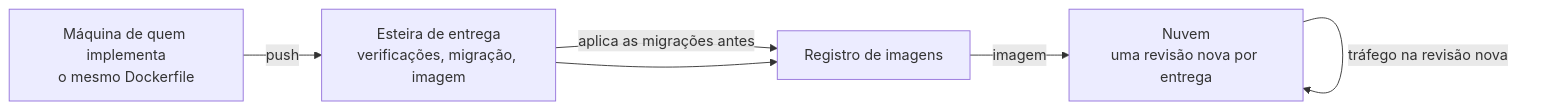
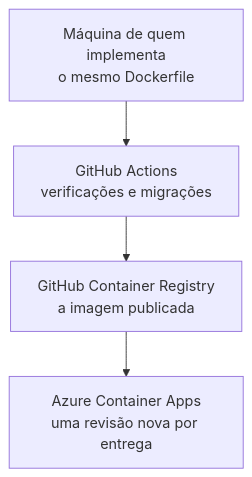
One commit to natanjunior/8FSDT-Hackathon changed the third of 3 diagrams in docs/visao-geral-da-arquitetura.md. Above: the diagram before and after it, drawn with Mermaid. The commit also changed other lines of this file and 8 other files, not shown here.

````diff
--- a/docs/visao-geral-da-arquitetura.md
+++ b/docs/visao-geral-da-arquitetura.md
@@ -109,13 +111,11 @@
 ```mermaid
-flowchart LR
+flowchart TB
     DEV["Máquina de quem implementa<br/>o mesmo Dockerfile"]
-    CI["Esteira de entrega<br/>verificações, migração, imagem"]
-    REG["Registro de imagens"]
-    ACA["Nuvem<br/>uma revisão nova por entrega"]
+    CI["GitHub Actions<br/>verificações e migrações"]
+    REG["GitHub Container Registry<br/>a imagem publicada"]
+    ACA["Azure Container Apps<br/>uma revisão nova por entrega"]
 
-    DEV -->|push| CI
-    CI -->|aplica as migrações antes| REG
+    DEV --> CI
     CI --> REG
-    REG -->|imagem| ACA
-    ACA -->|tráfego na revisão nova| ACA
+    REG --> ACA
 ```
````
